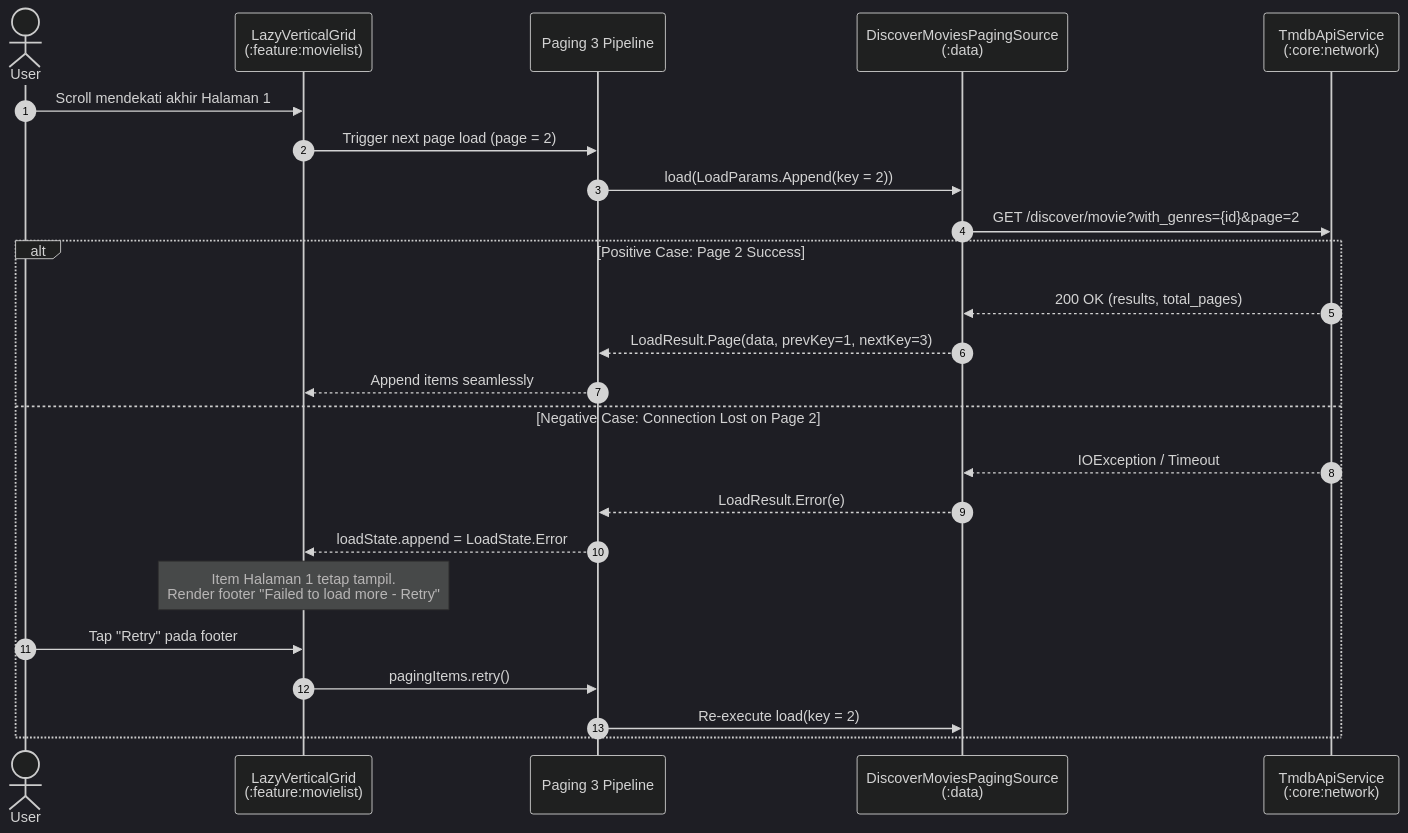
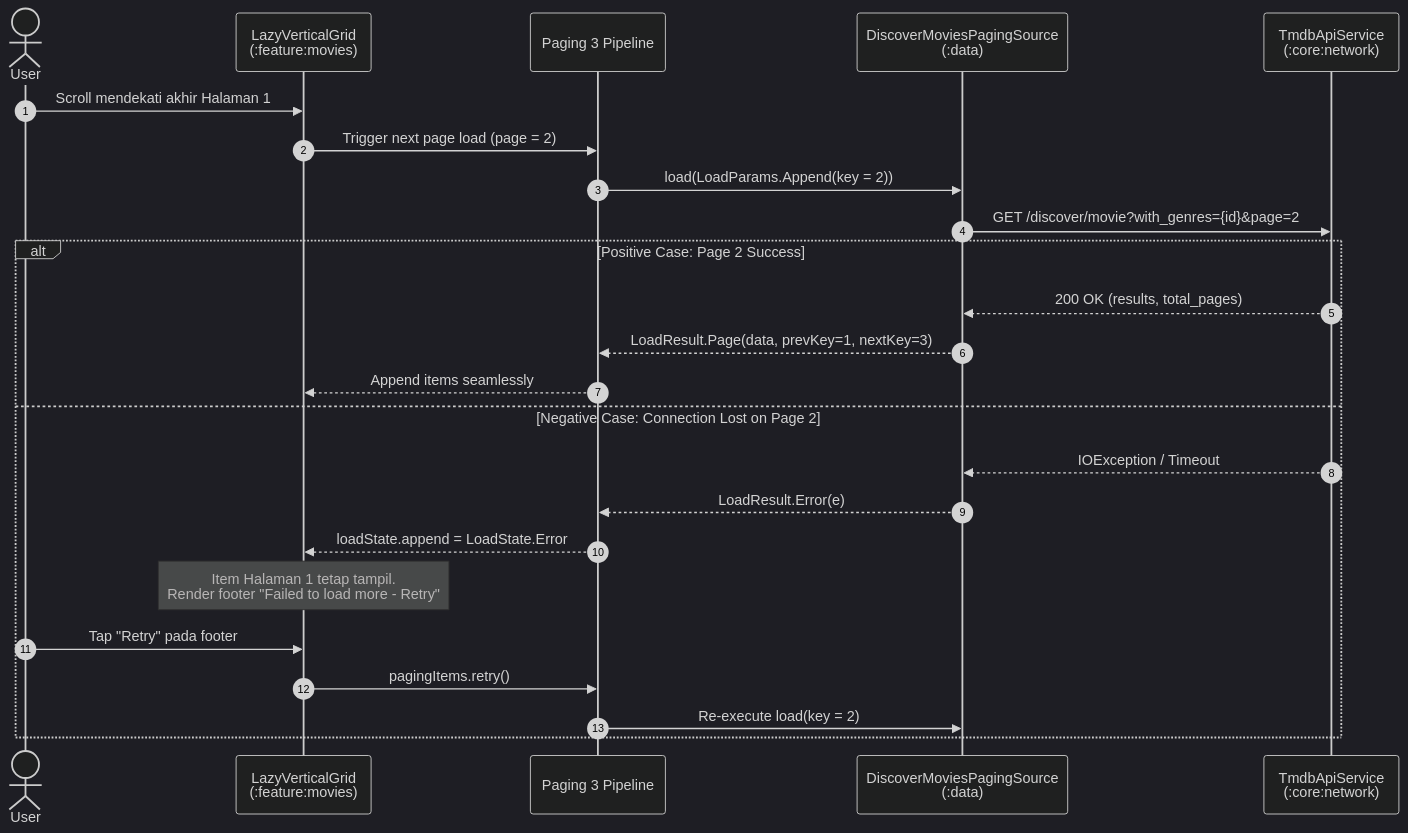
One commit to halimjr11/katha changed the third of 4 diagrams in docs/architecture_engineering_decisions.md. Above: the diagram before and after it, drawn with Mermaid (dark theme). The commit also changed other lines of this file and 4 other files, not shown here.

Commit message:
refactor: convert core:common to Android library and update architecture docs

````diff
--- a/docs/architecture_engineering_decisions.md
+++ b/docs/architecture_engineering_decisions.md
@@ -159,28 +159,28 @@
 ```mermaid
 sequenceDiagram
     autonumber
     actor User
-    participant Grid as LazyVerticalGrid<br/>(:feature:movielist)
+    participant Grid as LazyVerticalGrid<br/>(:feature:movies)
     participant Pager as Paging 3 Pipeline
     participant Source as DiscoverMoviesPagingSource<br/>(:data)
     participant API as TmdbApiService<br/>(:core:network)
 
     User->>Grid: Scroll mendekati akhir Halaman 1
     Grid->>Pager: Trigger next page load (page = 2)
     Pager->>Source: load(LoadParams.Append(key = 2))
     Source->>API: GET /discover/movie?with_genres={id}&page=2
 
     alt Positive Case: Page 2 Success
         API-->>Source: 200 OK (results, total_pages)
         Source-->>Pager: LoadResult.Page(data, prevKey=1, nextKey=3)
         Pager-->>Grid: Append items seamlessly
     else Negative Case: Connection Lost on Page 2
         API-->>Source: IOException / Timeout
         Source-->>Pager: LoadResult.Error(e)
         Pager-->>Grid: loadState.append = LoadState.Error
         Note over Grid: Item Halaman 1 tetap tampil.<br/>Render footer "Failed to load more - Retry"
         User->>Grid: Tap "Retry" pada footer
         Grid->>Pager: pagingItems.retry()
         Pager->>Source: Re-execute load(key = 2)
     end
 ```
````
